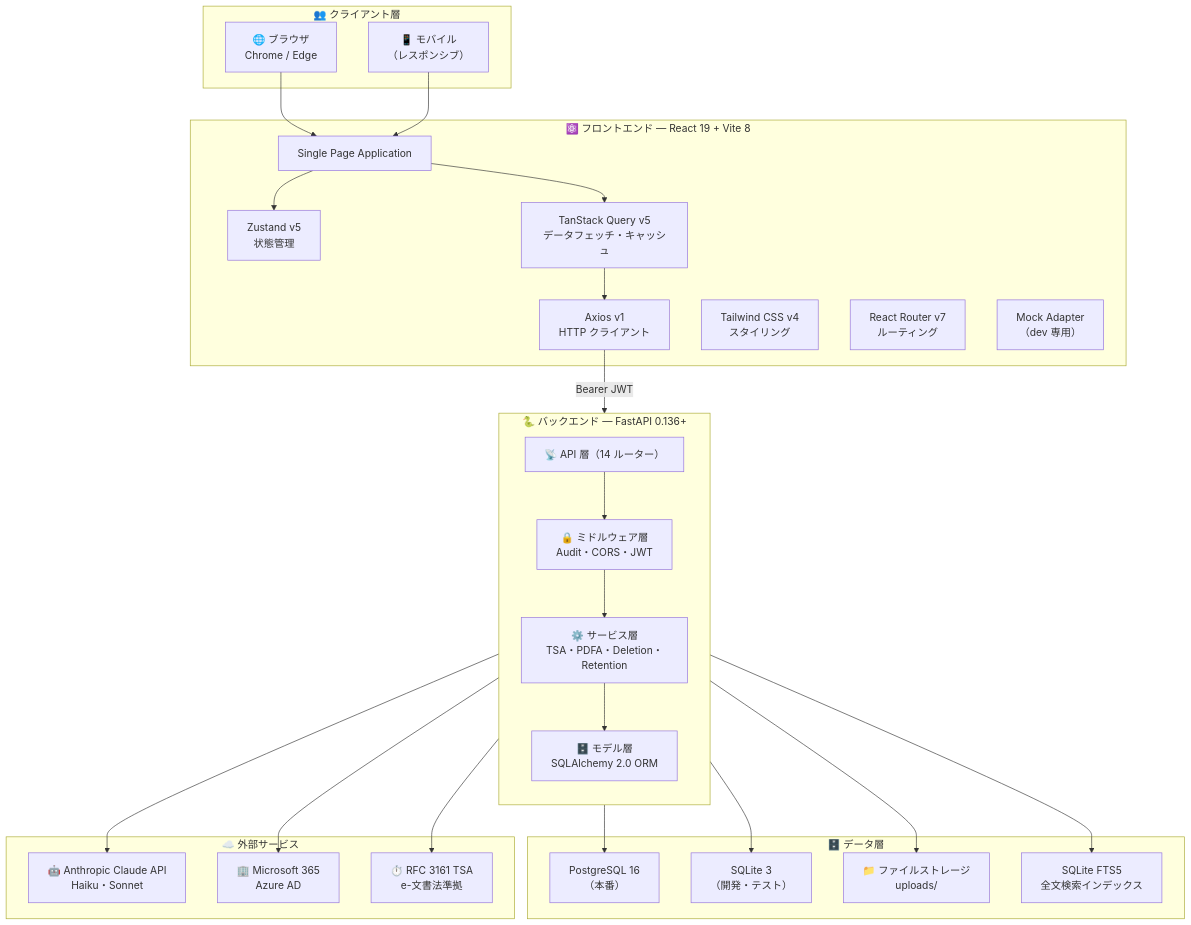
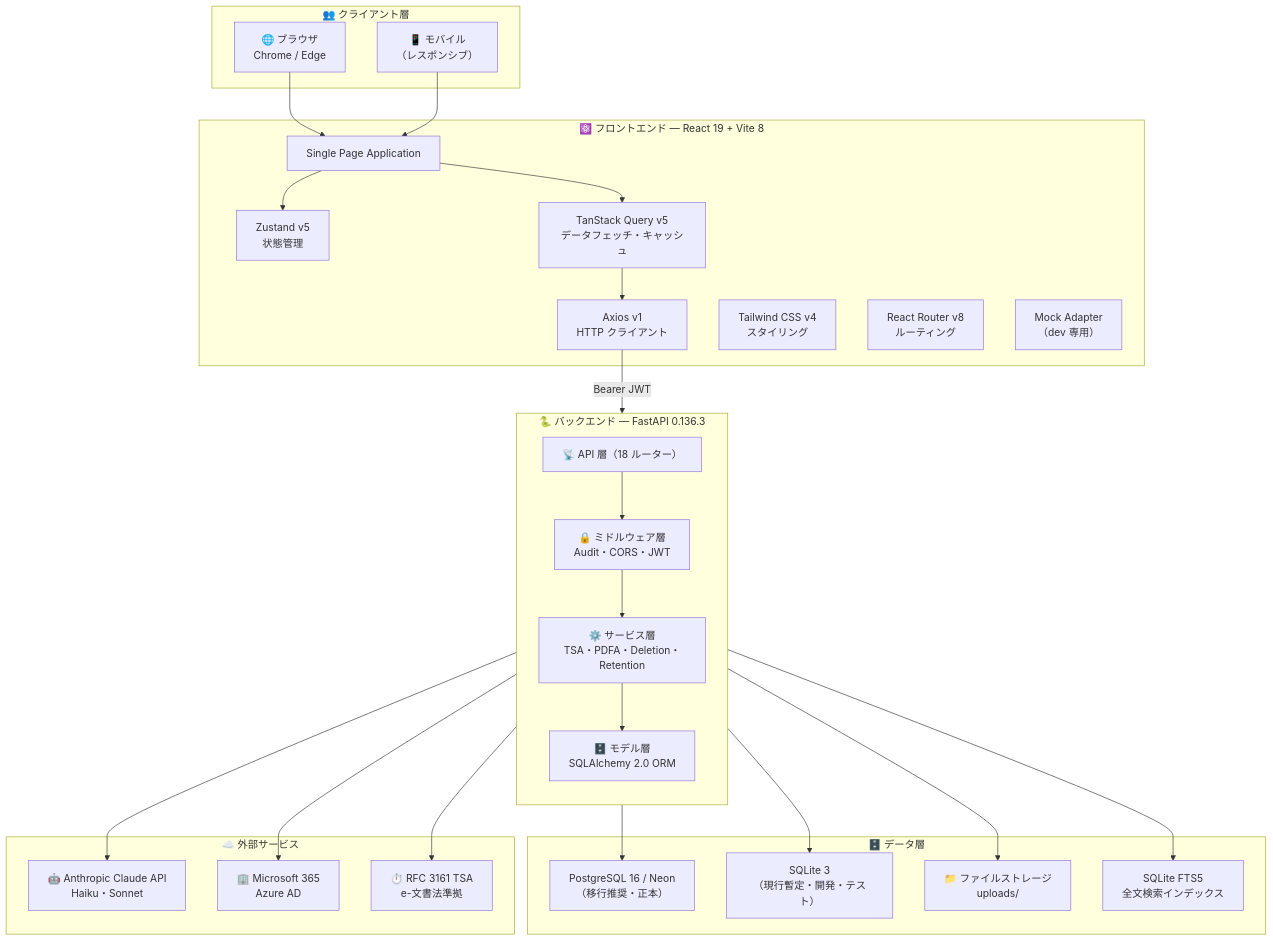
Before and after one commit to Kensan196948G/CivilPDF-DX: the first of 11 diagrams in docs/tech-stack.md, drawn with Mermaid. The commit also changed other lines of this file and 20 other files, not shown here.

````diff
--- a/docs/tech-stack.md
+++ b/docs/tech-stack.md
@@ -28,55 +28,55 @@
 ```mermaid
 graph TB
     subgraph CLIENTS["👥 クライアント層"]
         BROWSER["🌐 ブラウザ\nChrome / Edge"]
         MOBILE["📱 モバイル\n（レスポンシブ）"]
     end
 
     subgraph FRONTEND["⚛️ フロントエンド — React 19 + Vite 8"]
         SPA["Single Page Application"]
         ZUSTAND["Zustand v5\n状態管理"]
         TANSTACK["TanStack Query v5\nデータフェッチ・キャッシュ"]
         AXIOS["Axios v1\nHTTP クライアント"]
         TAILWIND["Tailwind CSS v4\nスタイリング"]
-        ROUTER["React Router v7\nルーティング"]
+        ROUTER["React Router v8\nルーティング"]
         MOCK["Mock Adapter\n（dev 専用）"]
     end
 
-    subgraph BACKEND["🐍 バックエンド — FastAPI 0.136+"]
+    subgraph BACKEND["🐍 バックエンド — FastAPI 0.136.3"]
         direction TB
-        API_LAYER["📡 API 層（14 ルーター）"]
+        API_LAYER["📡 API 層（18 ルーター）"]
         MW_LAYER["🔒 ミドルウェア層\nAudit・CORS・JWT"]
         SVC_LAYER["⚙️ サービス層\nTSA・PDFA・Deletion・Retention"]
         MODEL_LAYER["🗄️ モデル層\nSQLAlchemy 2.0 ORM"]
     end
 
     subgraph DATA["🗄️ データ層"]
-        POSTGRES["PostgreSQL 16\n（本番）"]
-        SQLITE["SQLite 3\n（開発・テスト）"]
+        POSTGRES["PostgreSQL 16 / Neon\n（移行推奨・正本）"]
+        SQLITE["SQLite 3\n（現行暫定・開発・テスト）"]
         FILES["📁 ファイルストレージ\nuploads/"]
         FTS["SQLite FTS5\n全文検索インデックス"]
     end
 
     subgraph EXTERNAL["☁️ 外部サービス"]
         CLAUDE_API["🤖 Anthropic Claude API\nHaiku・Sonnet"]
         M365["🏢 Microsoft 365\nAzure AD"]
         TSA_SRV["⏱️ RFC 3161 TSA\ne-文書法準拠"]
     end
 
     BROWSER --> SPA
     MOBILE --> SPA
     SPA --> ZUSTAND
     SPA --> TANSTACK
     TANSTACK --> AXIOS
     AXIOS -->|"Bearer JWT"| API_LAYER
     API_LAYER --> MW_LAYER
     MW_LAYER --> SVC_LAYER
     SVC_LAYER --> MODEL_LAYER
     MODEL_LAYER --> POSTGRES
     MODEL_LAYER --> SQLITE
     API_LAYER --> FILES
     API_LAYER --> FTS
     SVC_LAYER --> CLAUDE_API
     MW_LAYER --> M365
     SVC_LAYER --> TSA_SRV
 ```
````
